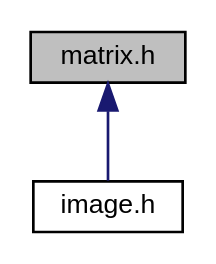
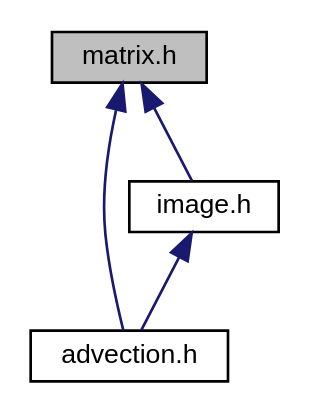
One commit to kylehovey/MATH_5620 changed the diagram in softwareManual/matrix_8h__dep__incl.dot. Above: the diagram before and after it, drawn with Graphviz. The commit also changed 134 other files, not shown here.

```diff
--- a/softwareManual/matrix_8h__dep__incl.dot
+++ b/softwareManual/matrix_8h__dep__incl.dot
@@ -1,8 +1,11 @@
 digraph "matrix.h"
 {
   edge [fontname="Helvetica",fontsize="10",labelfontname="Helvetica",labelfontsize="10"];
   node [fontname="Helvetica",fontsize="10",shape=record];
   Node6 [label="matrix.h",height=0.2,width=0.4,color="black", fillcolor="grey75", style="filled", fontcolor="black"];
   Node6 -> Node7 [dir="back",color="midnightblue",fontsize="10",style="solid",fontname="Helvetica"];
-  Node7 [label="image.h",height=0.2,width=0.4,color="black", fillcolor="white", style="filled",URL="$image_8h.html"];
+  Node7 [label="advection.h",height=0.2,width=0.4,color="black", fillcolor="white", style="filled",URL="$advection_8h.html"];
+  Node6 -> Node8 [dir="back",color="midnightblue",fontsize="10",style="solid",fontname="Helvetica"];
+  Node8 [label="image.h",height=0.2,width=0.4,color="black", fillcolor="white", style="filled",URL="$image_8h.html"];
+  Node8 -> Node7 [dir="back",color="midnightblue",fontsize="10",style="solid",fontname="Helvetica"];
 }
```
